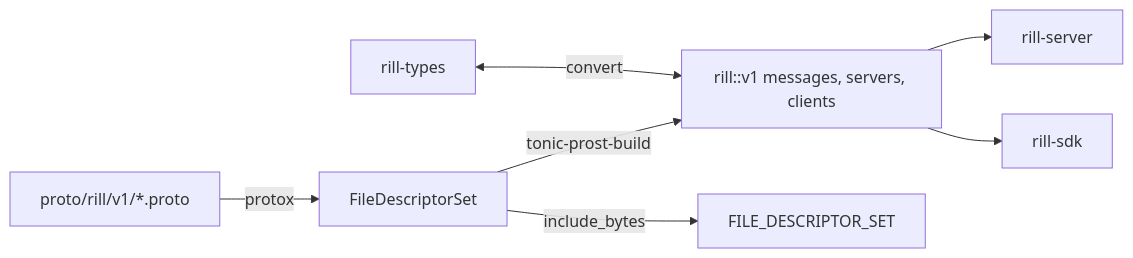
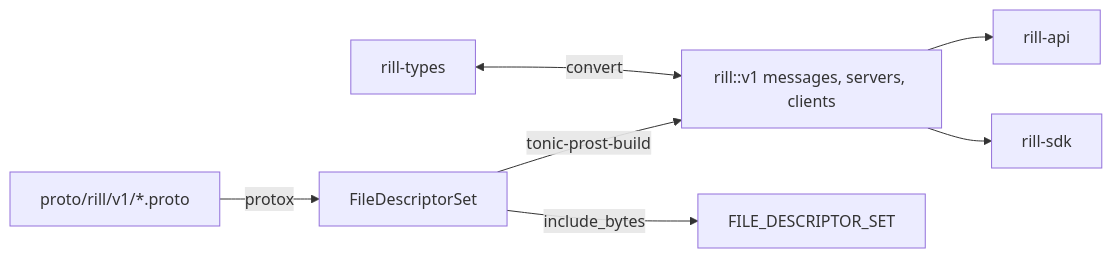
Before and after one commit to envoy1084/rill: the diagram in architecture/07-runtime/api-surface.md, drawn with Mermaid. The commit also changed other lines of this file and 116 other files, not shown here.

First line of the commit message:
api,cli: rename rill-server to rill-api; rill dev and rill api replace the server binary

````diff
--- a/architecture/07-runtime/api-surface.md
+++ b/architecture/07-runtime/api-surface.md
@@ -11,9 +11,9 @@
 ```mermaid
 flowchart LR
     P[proto/rill/v1/*.proto] -->|protox| FDS[FileDescriptorSet]
     FDS -->|tonic-prost-build| Gen[rill::v1 messages, servers, clients]
     FDS -->|include_bytes| Refl[FILE_DESCRIPTOR_SET]
     T[rill-types] <-->|convert| Gen
-    Gen --> S[rill-server]
+    Gen --> S[rill-api]
     Gen --> C[rill-sdk]
 ```
````
